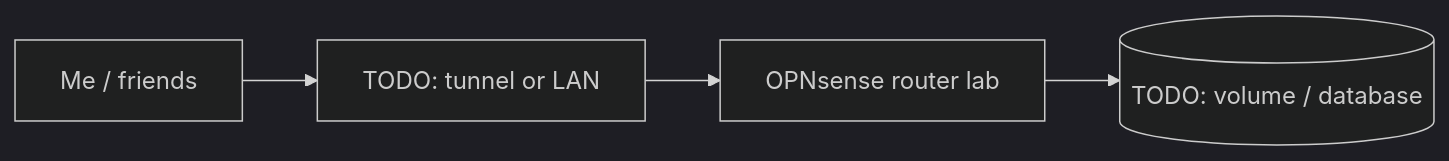
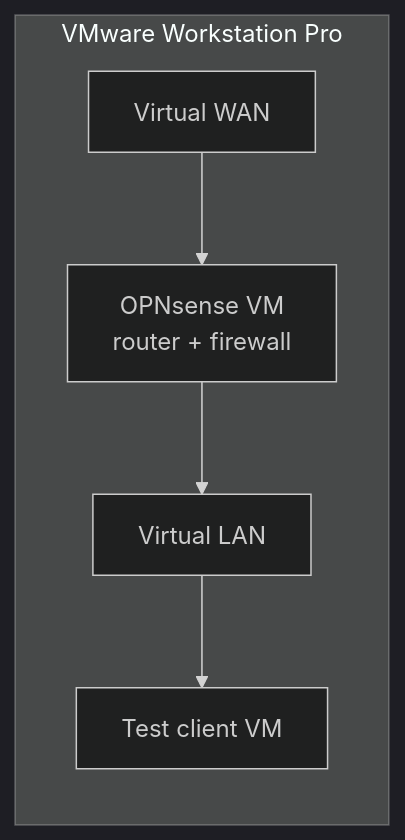
The diagram in docs/services/opnsense-lab.md (Shineori/homelab), drawn with Mermaid (dark theme) before and after one commit. The commit also changed other lines of this file and 19 other files, not shown here.

````diff
--- a/docs/services/opnsense-lab.md
+++ b/docs/services/opnsense-lab.md
@@ -20,6 +20,8 @@
 ```mermaid
 flowchart LR
-    user[Me / friends] --> entry[TODO: tunnel or LAN]
-    entry --> app[OPNsense router lab]
-    app --> data[(TODO: volume / database)]
+    subgraph vmw[VMware Workstation Pro]
+        wan[Virtual WAN] --> opn[OPNsense VM<br/>router + firewall]
+        opn --> lan[Virtual LAN]
+        lan --> client[Test client VM]
+    end
 ```
````
